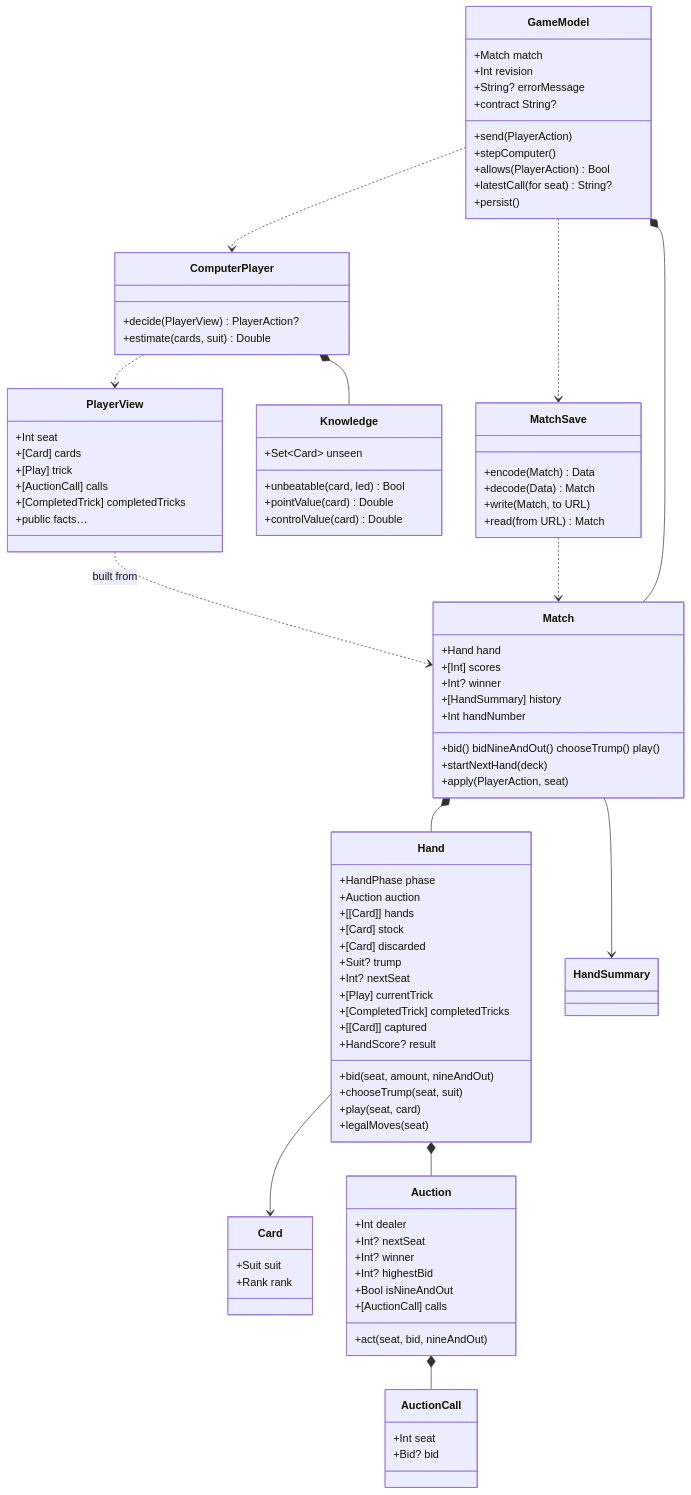
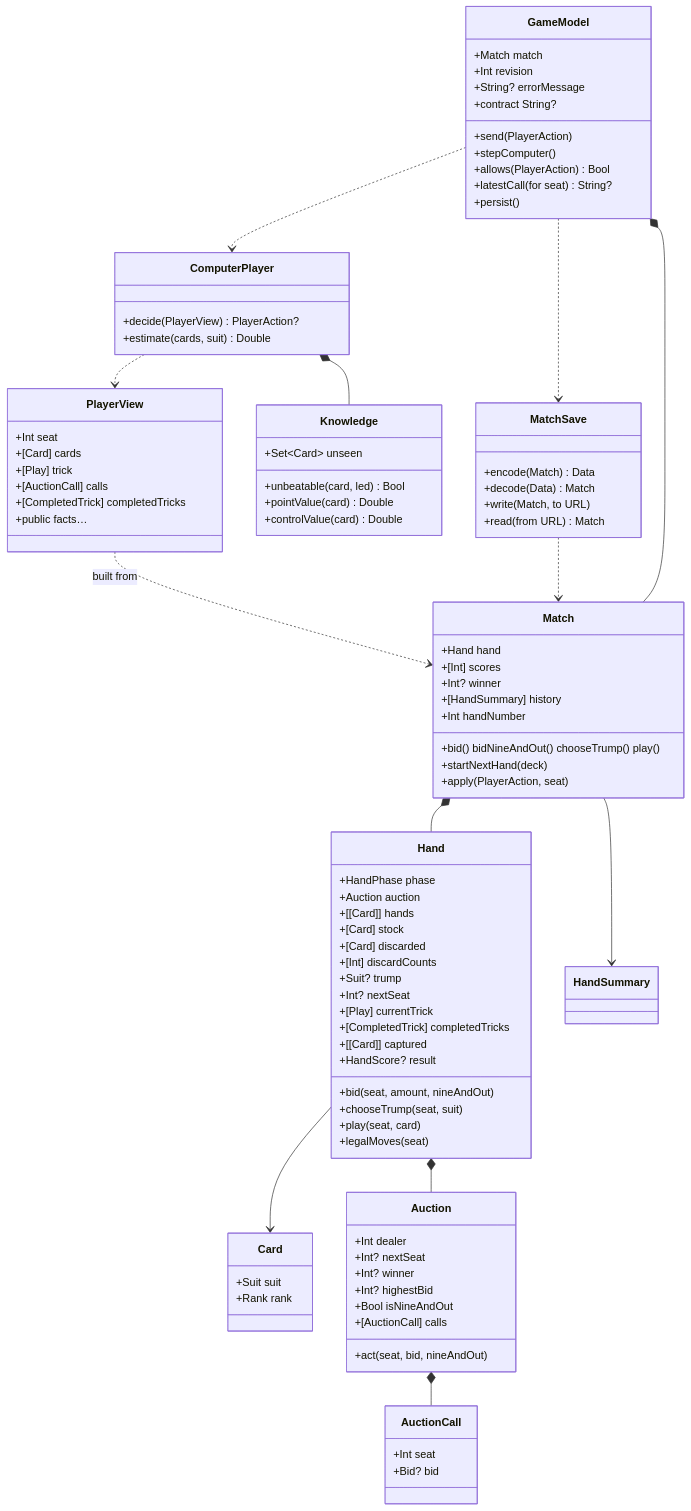
The diagram in App/Explainer/docs/types-and-functions.md (cmurphy1140/catch-5), drawn with Mermaid before and after one commit. The commit also changed other lines of this file and 7 other files, not shown here.

```diff
--- a/App/Explainer/docs/types-and-functions.md
+++ b/App/Explainer/docs/types-and-functions.md
@@ -29,6 +29,7 @@
         +[[Card]] hands
         +[Card] stock
         +[Card] discarded
+        +[Int] discardCounts
         +Suit? trump
         +Int? nextSeat
         +[Play] currentTrick
```
